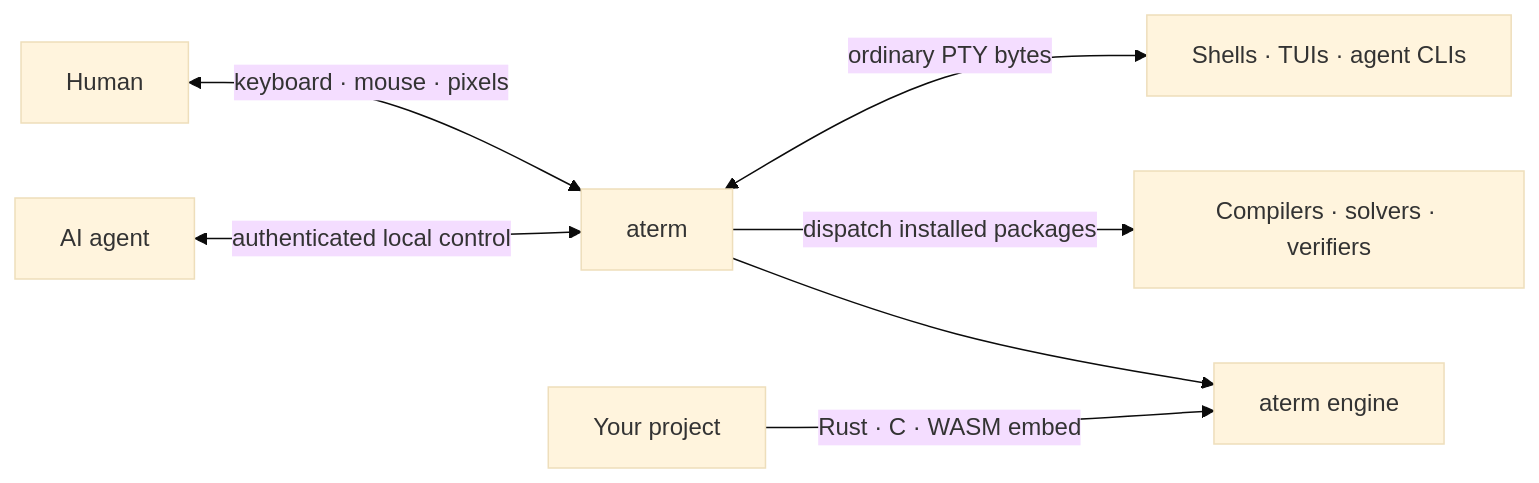
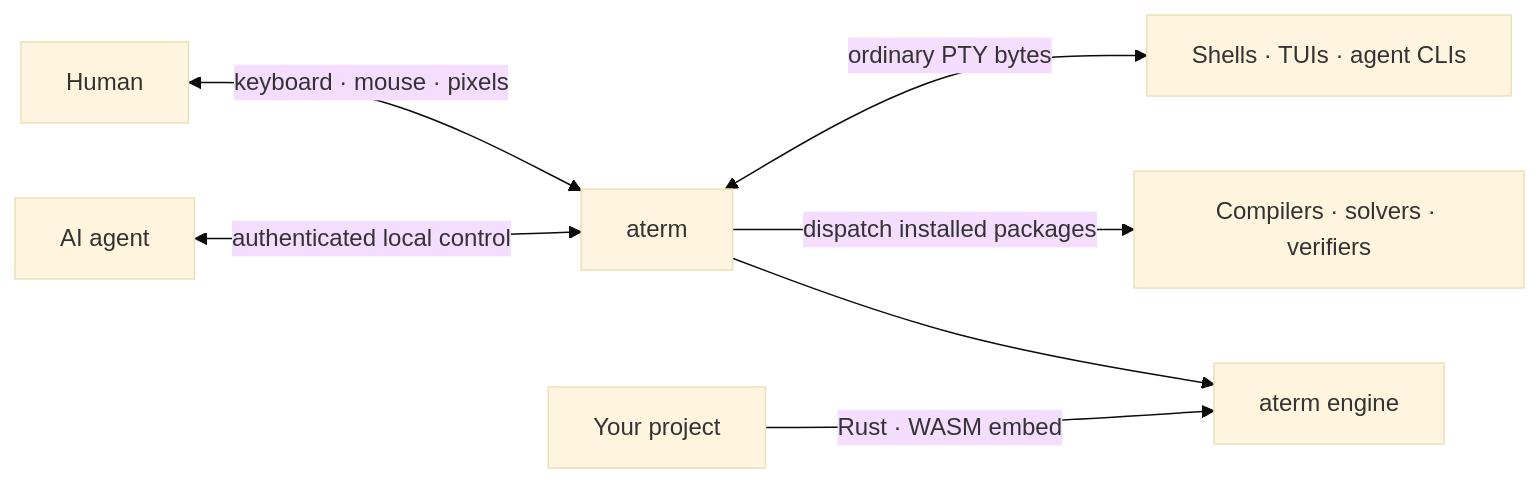
Before and after one commit to alabsystems/aterm: the diagram in README.md, drawn with Mermaid (base theme). The commit also changed other lines of this file and 2922 other files, not shown here.

````diff
--- a/README.md
+++ b/README.md
@@ -207,9 +165,9 @@
 ```mermaid
 flowchart LR
     H[Human] <-->|keyboard · mouse · pixels| A[aterm]
     G[AI agent] <-->|authenticated local control| A
     A <-->|ordinary PTY bytes| P[Shells · TUIs · agent CLIs]
     A -->|dispatch installed packages| T[Compilers · solvers · verifiers]
     A --> E[aterm engine]
-    O[Your project] -->|Rust · C · WASM embed| E
+    O[Your project] -->|Rust · WASM embed| E
 ```
````
